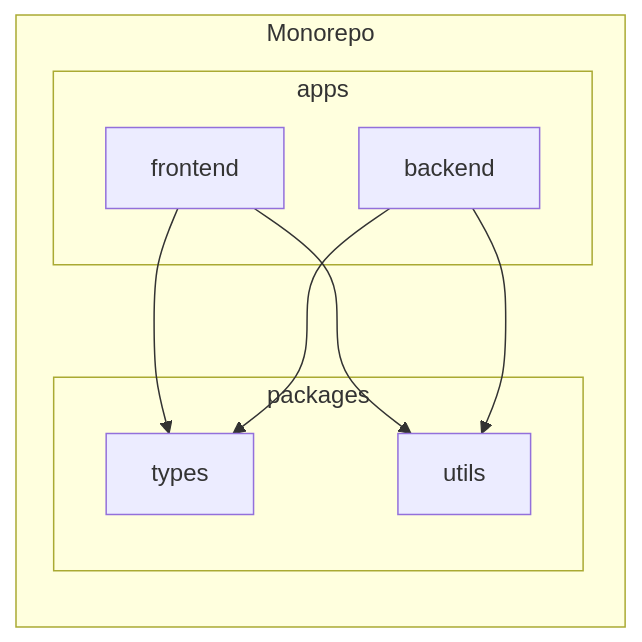
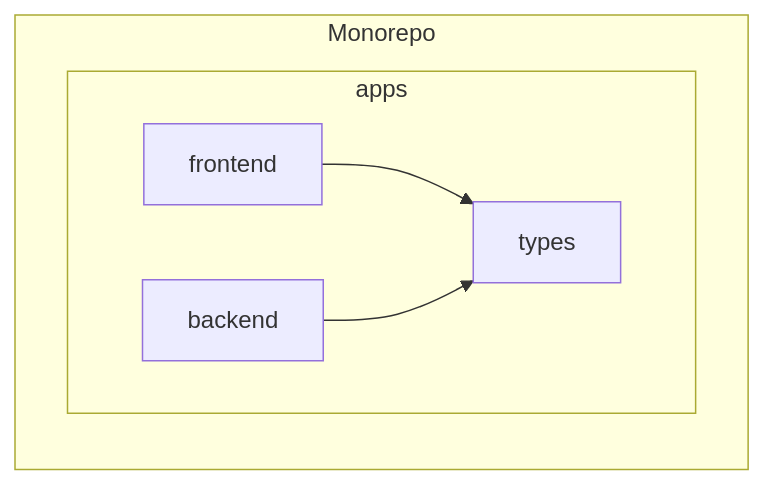
One commit to glenn-syj/english-tutor changed the second of 5 diagrams in documents/architecture.md. Above: the diagram before and after it, drawn with Mermaid. The commit also changed other lines of this file and 2 other files, not shown here.

Commit message:
docs: 공유 데이터 타입 경로 수정 및 아키텍처 문서 업데이트
- 공유 데이터 타입의 경로를 `packages/types`에서 `apps/types`로 변경.
- 아키텍처 문서에서 공유 타입 패키지 경로 수정 및 관련 설명 업데이트.
- 초기 구성 및 데이터 스키마 정의에서 `user_profile.json` 경로를 명확히 수정하여 일관성 확보.

````diff
--- a/documents/architecture.md
+++ b/documents/architecture.md
@@ -39,16 +39,12 @@
 ```mermaid
 graph LR
     subgraph "Monorepo"
         subgraph "apps"
             FE[frontend]
             BE[backend]
-        end
-        subgraph "packages"
             Types[types]
-            Utils[utils]
         end
     end
     FE --> Types
     BE --> Types
-    FE & BE --> Utils
 ```
````
